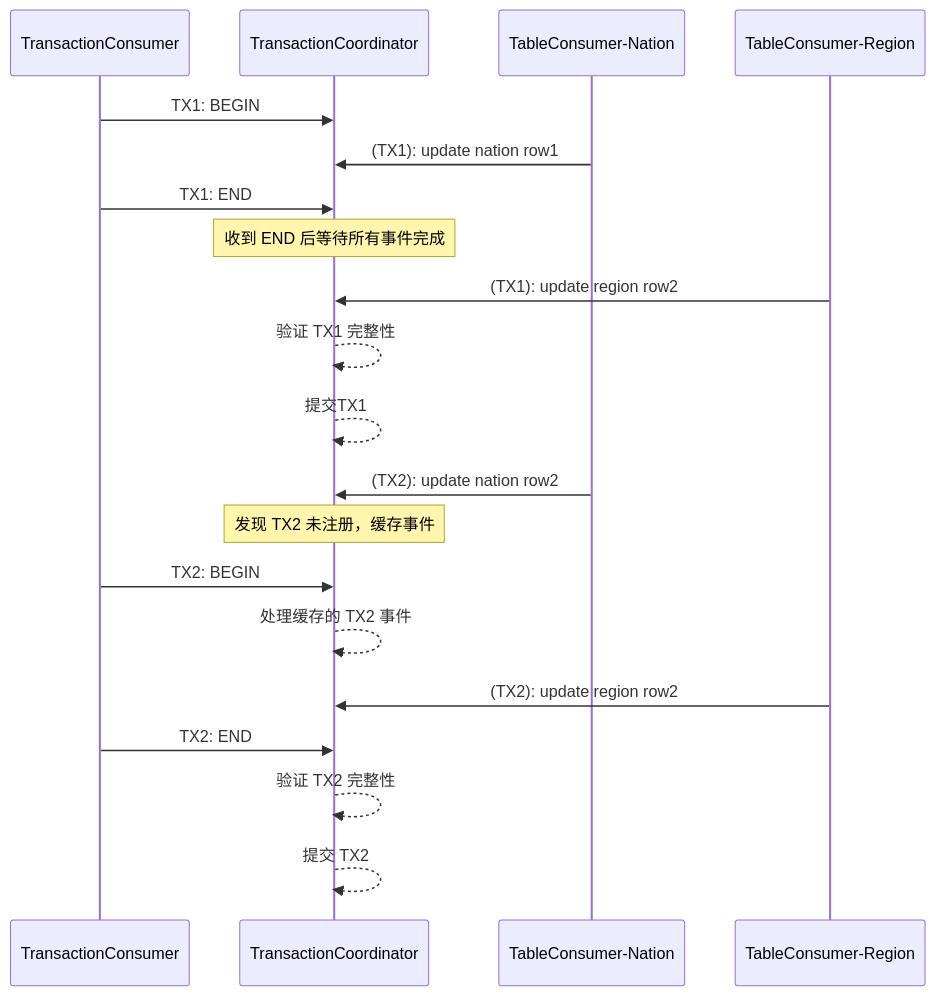
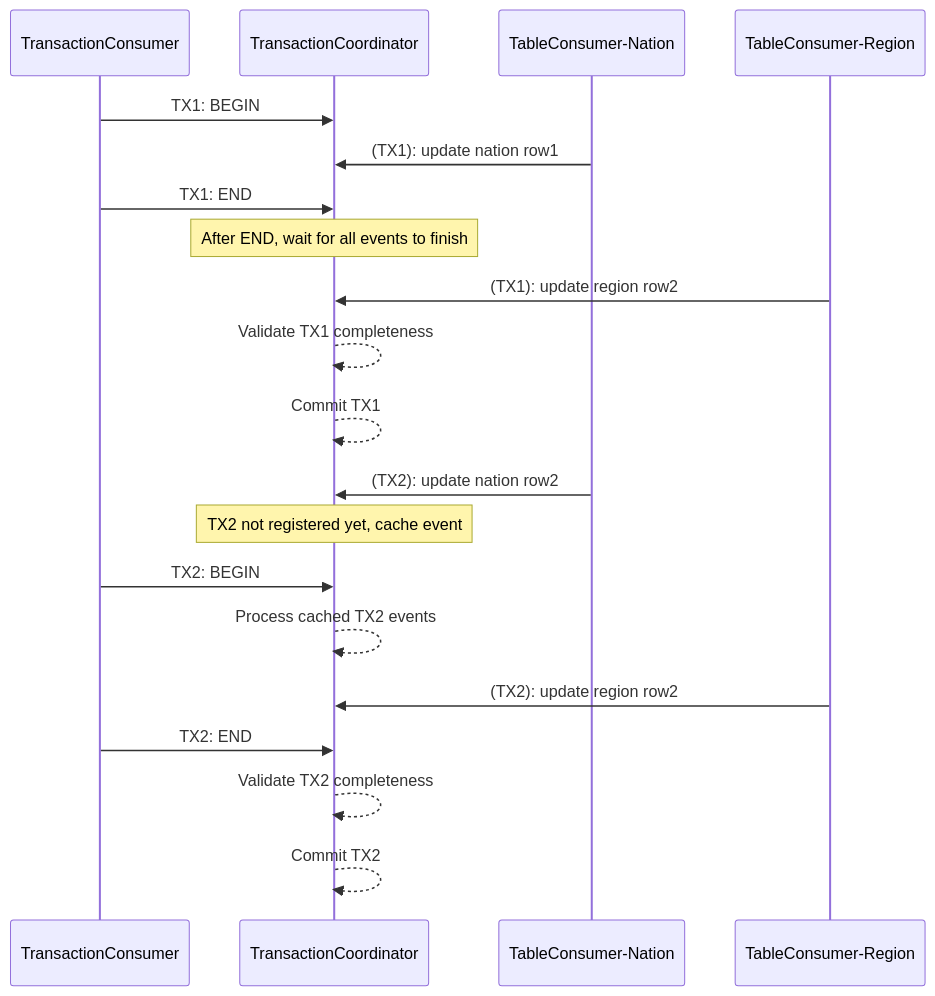
Before and after one commit to AntiO2/pixels-sink: the diagram in docs/transaction.md, drawn with Mermaid. The commit also changed other lines of this file and 12 other files, not shown here.

````diff
--- a/docs/transaction.md
+++ b/docs/transaction.md
@@ -5,25 +5,25 @@
 ```mermaid
 sequenceDiagram
     participant TC as TransactionConsumer
     participant CO as TransactionCoordinator
     participant T1 as TableConsumer-Nation
     participant T2 as TableConsumer-Region
-%% 事务 TX1 生命周期
+%% Transaction TX1 lifecycle
     TC ->> CO: TX1: BEGIN
     T1 ->> CO: (TX1): update nation row1
     TC ->> CO: TX1: END
-    Note over CO: 收到 END 后等待所有事件完成
-%% TX1 的延迟事件处理
+    Note over CO: After END, wait for all events to finish
+%% Delayed events for TX1
     T2 ->> CO: (TX1): update region row2
-    CO -->> CO: 验证 TX1 完整性
-    CO -->> CO: 提交TX1
-%% 事务 TX2 生命周期（注意事件到达顺序问题）
+    CO -->> CO: Validate TX1 completeness
+    CO -->> CO: Commit TX1
+%% Transaction TX2 lifecycle (out-of-order arrival)
     T1 ->> CO: (TX2): update nation row2
-    Note over CO: 发现 TX2 未注册，缓存事件
+    Note over CO: TX2 not registered yet, cache event
     TC ->> CO: TX2: BEGIN
-    CO -->> CO: 处理缓存的 TX2 事件
+    CO -->> CO: Process cached TX2 events
     T2 ->> CO: (TX2): update region row2
     TC ->> CO: TX2: END
-    CO -->> CO: 验证 TX2 完整性
-    CO -->> CO: 提交 TX2
+    CO -->> CO: Validate TX2 completeness
+    CO -->> CO: Commit TX2
 ```
````
